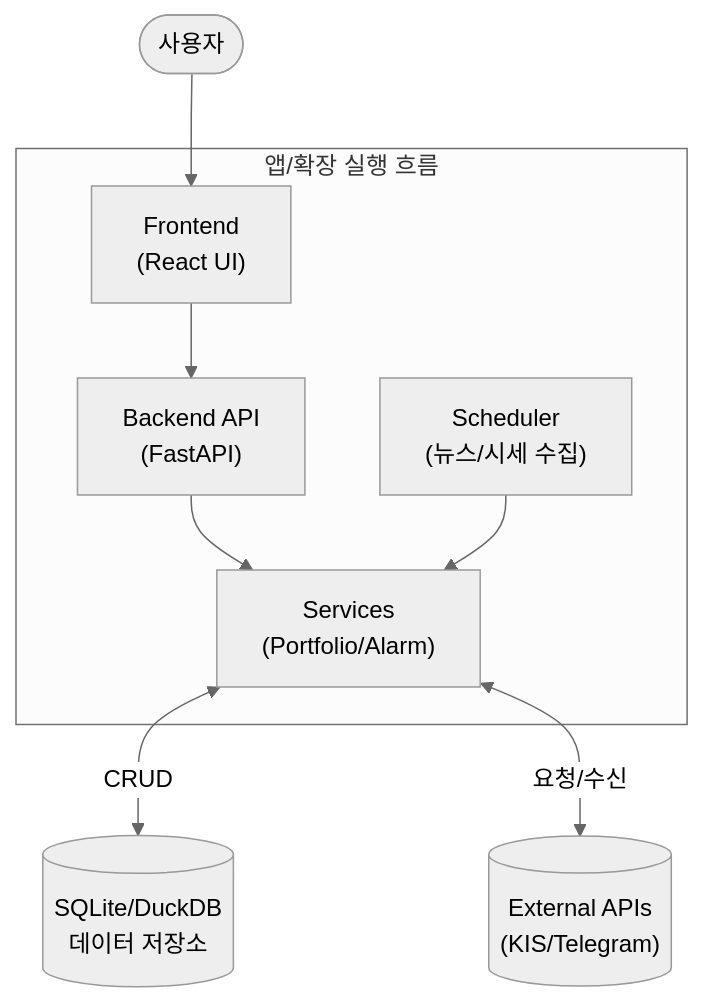
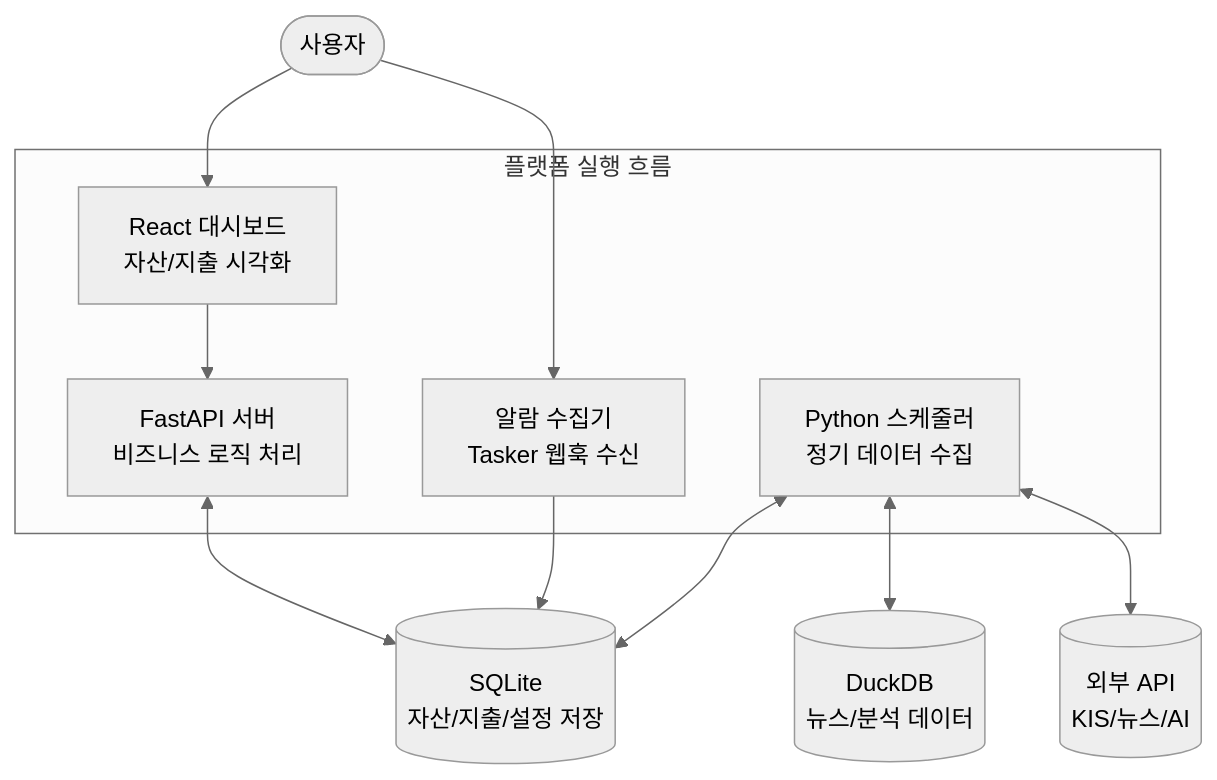
Before and after one commit to marisa901225-cmyk/personal-portfolio: the diagram in devplan/devplan/Project_Evaluation_Report.md, drawn with Mermaid (neutral theme). The commit also changed other lines of this file and 92 other files, not shown here.

````diff
--- a/devplan/devplan/Project_Evaluation_Report.md
+++ b/devplan/devplan/Project_Evaluation_Report.md
@@ -28,21 +27,23 @@
 ```mermaid
 flowchart TB
     U([사용자])
 
-    subgraph App["앱/확장 실행 흐름"]
-        UI["Frontend<br/>(React UI)"]
-        API["Backend API<br/>(FastAPI)"]
-        Service["Services<br/>(Portfolio/Alarm)"]
-        Worker["Scheduler<br/>(뉴스/시세 수집)"]
+    subgraph App["플랫폼 실행 흐름"]
+        UI["React 대시보드<br/>자산/지출 시각화"]
+        API["FastAPI 서버<br/>비즈니스 로직 처리"]
+        Collector["알람 수집기<br/>Tasker 웹훅 수신"]
+        Sched["Python 스케줄러<br/>정기 데이터 수집"]
     end
 
-    DB[("SQLite/DuckDB<br/>데이터 저장소")]
-    Ext[("External APIs<br/>(KIS/Telegram)")]
+    DB1[("SQLite<br/>자산/지출/설정 저장")]
+    DB2[("DuckDB<br/>뉴스/분석 데이터")]
+    Ext[("외부 API<br/>KIS/뉴스/AI")]
 
-    U --> UI
-    UI --> API
-    API --> Service
-    Worker --> Service
-    Service <-->|CRUD| DB
-    Service <-->|요청/수신| Ext
+    U --> UI --> API
+    U --> Collector
+    API <--> DB1
+    Sched <--> DB1
+    Sched <--> DB2
+    Sched <--> Ext
+    Collector --> DB1
 ```
````
